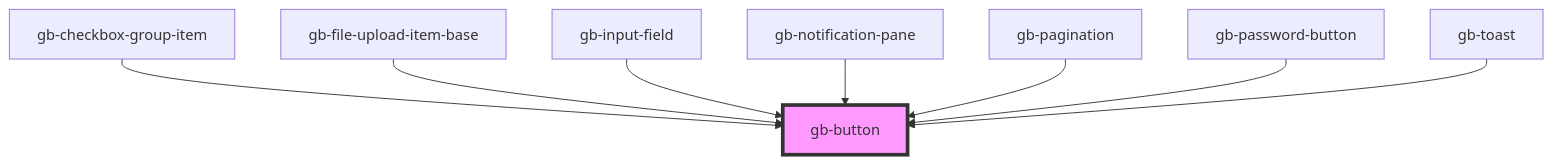
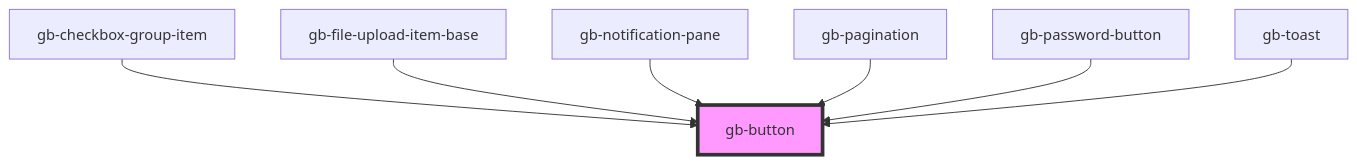
Before and after one commit to Emmanuel1858/globusComponent: the diagram in src/components/gb-button/readme.md, drawn with Mermaid. The commit also changed other lines of this file and 34 other files, not shown here.

Commit message:
redesigning the input-field component

````diff
--- a/src/components/gb-button/readme.md
+++ b/src/components/gb-button/readme.md
@@ -36,11 +35,10 @@
 ```mermaid
 graph TD;
   gb-checkbox-group-item --> gb-button
   gb-file-upload-item-base --> gb-button
-  gb-input-field --> gb-button
   gb-notification-pane --> gb-button
   gb-pagination --> gb-button
   gb-password-button --> gb-button
   gb-toast --> gb-button
   style gb-button fill:#f9f,stroke:#333,stroke-width:4px
 ```
````
